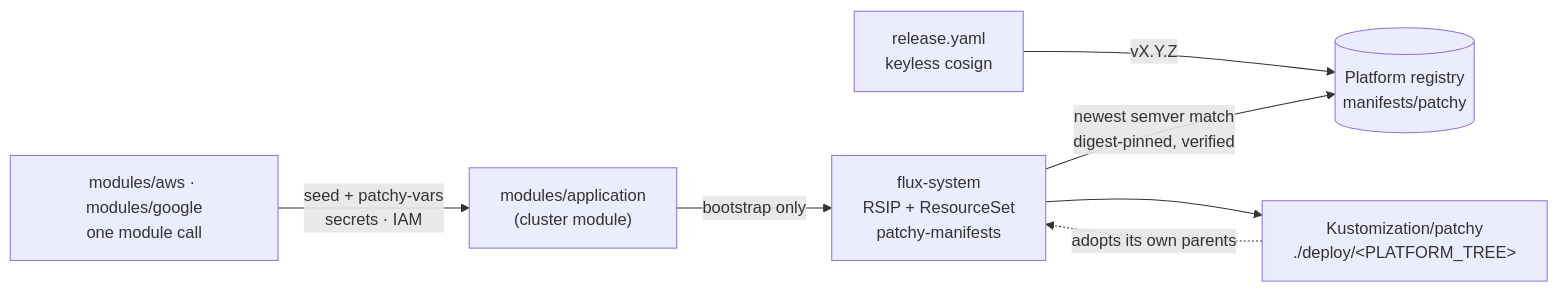
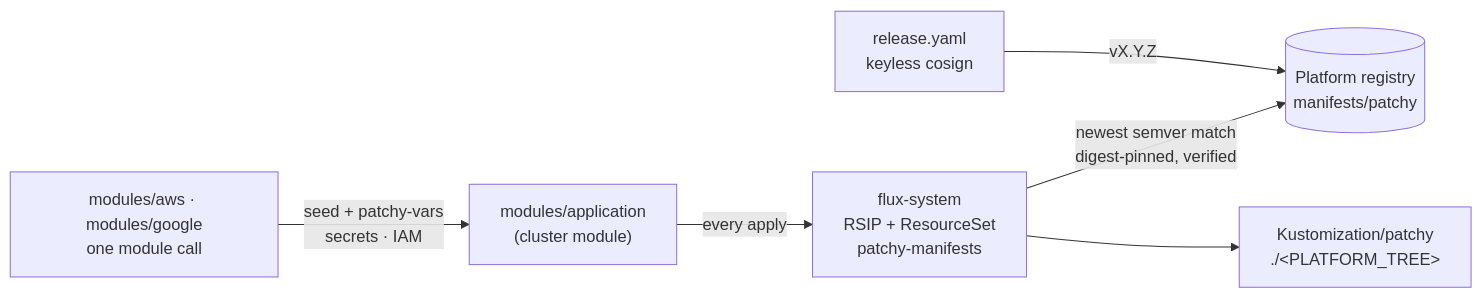
Before and after one commit to bitwise-media-group/patchy-app-manifests: the diagram in docs/getting-started/index.md, drawn with Mermaid. The commit also changed other lines of this file and 49 other files, not shown here.

````diff
--- a/docs/getting-started/index.md
+++ b/docs/getting-started/index.md
@@ -25,15 +25,14 @@
 ```mermaid
 flowchart LR
   tf["modules/aws · modules/google<br/>one module call"]
   app["modules/application<br/>(cluster module)"]
   img[("Platform registry<br/>manifests/patchy")]
   flux["flux-system<br/>RSIP + ResourceSet<br/>patchy-manifests"]
-  ks["Kustomization/patchy<br/>./deploy/&lt;PLATFORM_TREE&gt;"]
+  ks["Kustomization/patchy<br/>./&lt;PLATFORM_TREE&gt;"]
   ci["release.yaml<br/>keyless cosign"]
   tf -- "seed + patchy-vars<br/>secrets · IAM" --> app
-  app -- "bootstrap only" --> flux
+  app -- "every apply" --> flux
   ci -- "vX.Y.Z" --> img
   flux -- "newest semver match<br/>digest-pinned, verified" --> img
   flux --> ks
-  ks -. "adopts its own parents" .-> flux
 ```
````
